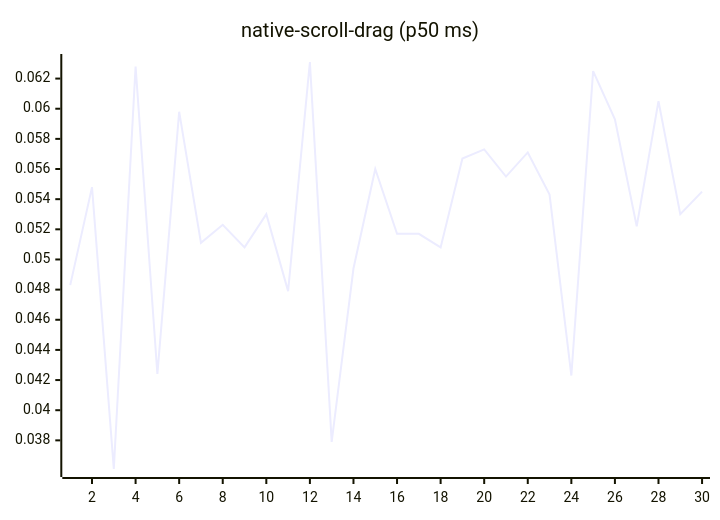
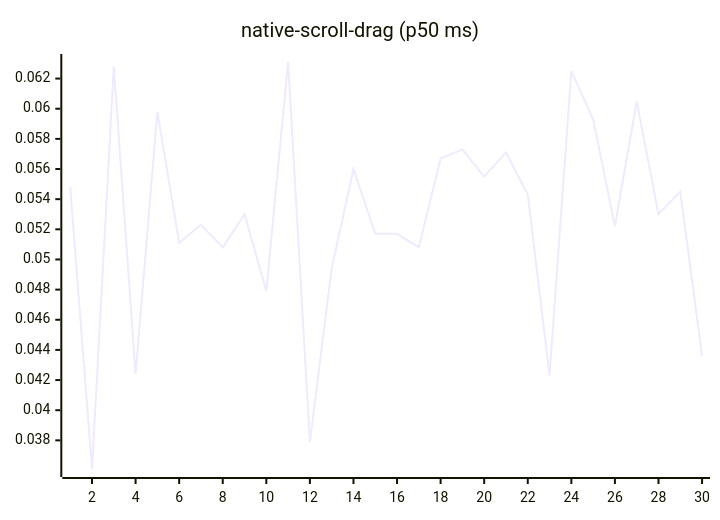
Before and after one commit to josha/Facet: diagram 14 of 27 in README.md, drawn with Mermaid. The commit also changed other lines of this file and 2 other files, not shown here.

````diff
--- a/README.md
+++ b/README.md
@@ -154,6 +154,6 @@
 ```mermaid
 xychart-beta
     title "native-scroll-drag (p50 ms)"
     x-axis 1 --> 30
-    line [0.0483, 0.0548, 0.0361, 0.0628, 0.0424, 0.0598, 0.0511, 0.0523, 0.0508, 0.0530, 0.0479, 0.0631, 0.0379, 0.0494, 0.0560, 0.0517, 0.0517, 0.0508, 0.0567, 0.0573, 0.0555, 0.0571, 0.0543, 0.0423, 0.0625, 0.0593, 0.0522, 0.0605, 0.0530, 0.0545]
+    line [0.0548, 0.0361, 0.0628, 0.0424, 0.0598, 0.0511, 0.0523, 0.0508, 0.0530, 0.0479, 0.0631, 0.0379, 0.0494, 0.0560, 0.0517, 0.0517, 0.0508, 0.0567, 0.0573, 0.0555, 0.0571, 0.0543, 0.0423, 0.0625, 0.0593, 0.0522, 0.0605, 0.0530, 0.0545, 0.0436]
 ```
````
